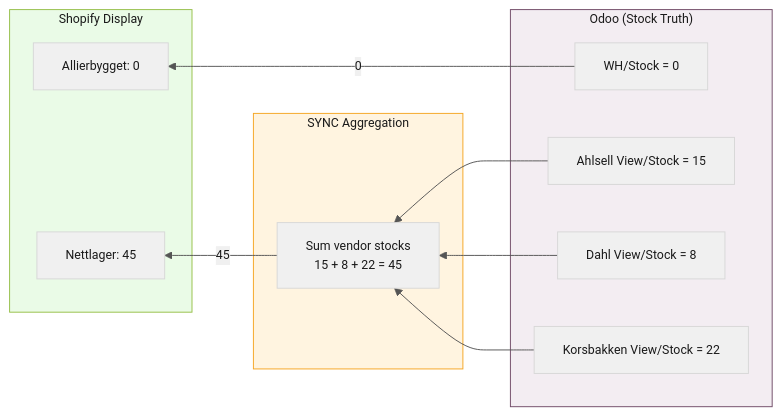
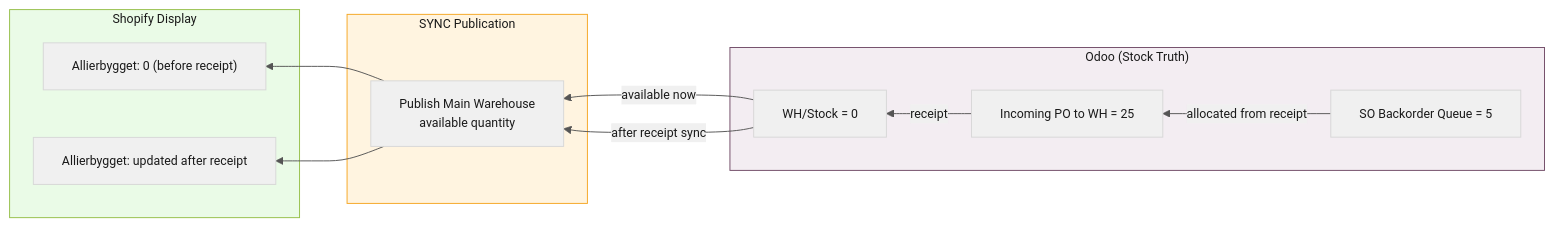
One commit to ozan-droid/documents changed diagram 11 of 16 in shopify-sync-odoo-scenarios.md. Above: the diagram before and after it, drawn with Mermaid. The commit also changed other lines of this file, not shown here.

````diff
--- a/shopify-sync-odoo-scenarios.md
+++ b/shopify-sync-odoo-scenarios.md
@@ -449,29 +456,29 @@
 ```mermaid
 %%{init: {'theme': 'base', 'themeVariables': {'primaryColor': '#f0f0f0', 'primaryTextColor': '#1a1a1a', 'lineColor': '#555', 'textColor': '#1a1a1a', 'fontSize': '13px'}}}%%
 flowchart RL
     subgraph Odoo ["Odoo (Stock Truth)"]
         WH["WH/Stock = 0"]
-        V1["Ahlsell View/Stock = 15"]
-        V2["Dahl View/Stock = 8"]
-        V3["Korsbakken View/Stock = 22"]
+        PIN["Incoming PO to WH = 25"]
+        BO["SO Backorder Queue = 5"]
     end
 
-    subgraph SYNC_AGG ["SYNC Aggregation"]
-        AGG["Sum vendor stocks\n15 + 8 + 22 = 45"]
+    subgraph SYNC_FLOW ["SYNC Publication"]
+        PUB["Publish Main Warehouse\navailable quantity"]
     end
 
     subgraph Shopify ["Shopify Display"]
-        SA["Allierbygget: 0"]
-        SN["Nettlager: 45"]
+        SA["Allierbygget: 0 (before receipt)"]
+        SA2["Allierbygget: updated after receipt"]
     end
 
-    WH -->|"0"| SA
-    V1 --> AGG
-    V2 --> AGG
-    V3 --> AGG
-    AGG -->|"45"| SN
+    WH -->|"available now"| PUB
+    PUB --> SA
+    PIN -->|"receipt"| WH
+    BO -->|"allocated from receipt"| PIN
+    WH -->|"after receipt sync"| PUB
+    PUB --> SA2
 
     style Odoo fill:#f3edf2,stroke:#714b67,color:#1a1a1a
-    style SYNC_AGG fill:#fff4e0,stroke:#f5a623,color:#1a1a1a
+    style SYNC_FLOW fill:#fff4e0,stroke:#f5a623,color:#1a1a1a
     style Shopify fill:#eafbe7,stroke:#96bf48,color:#1a1a1a
 ```
````
